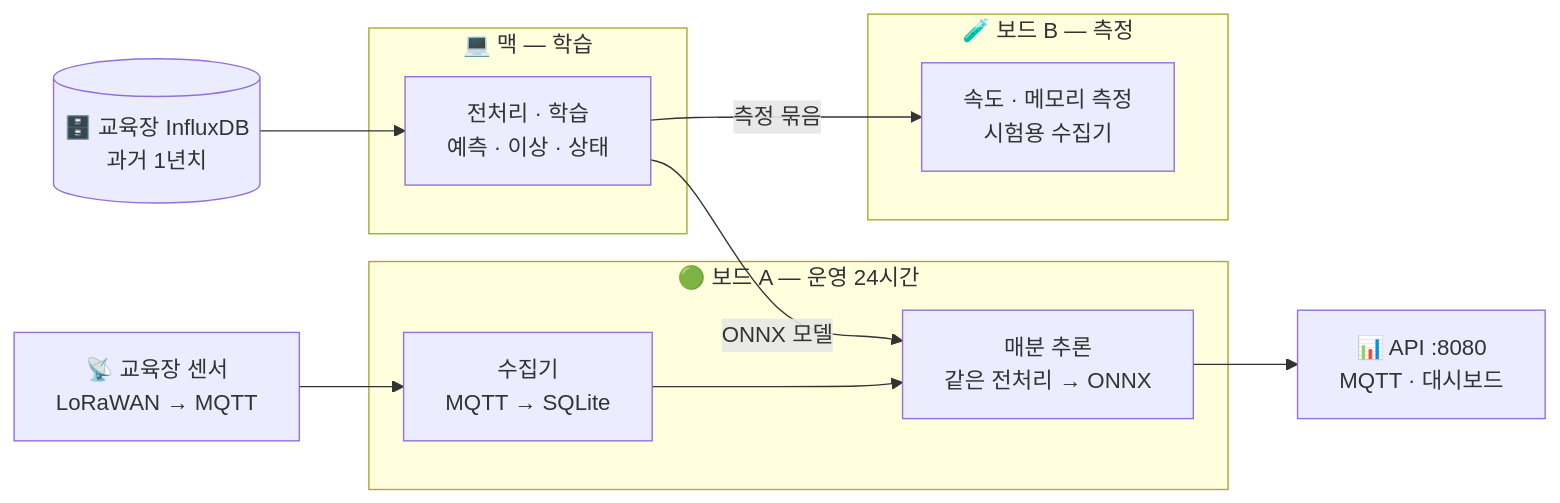
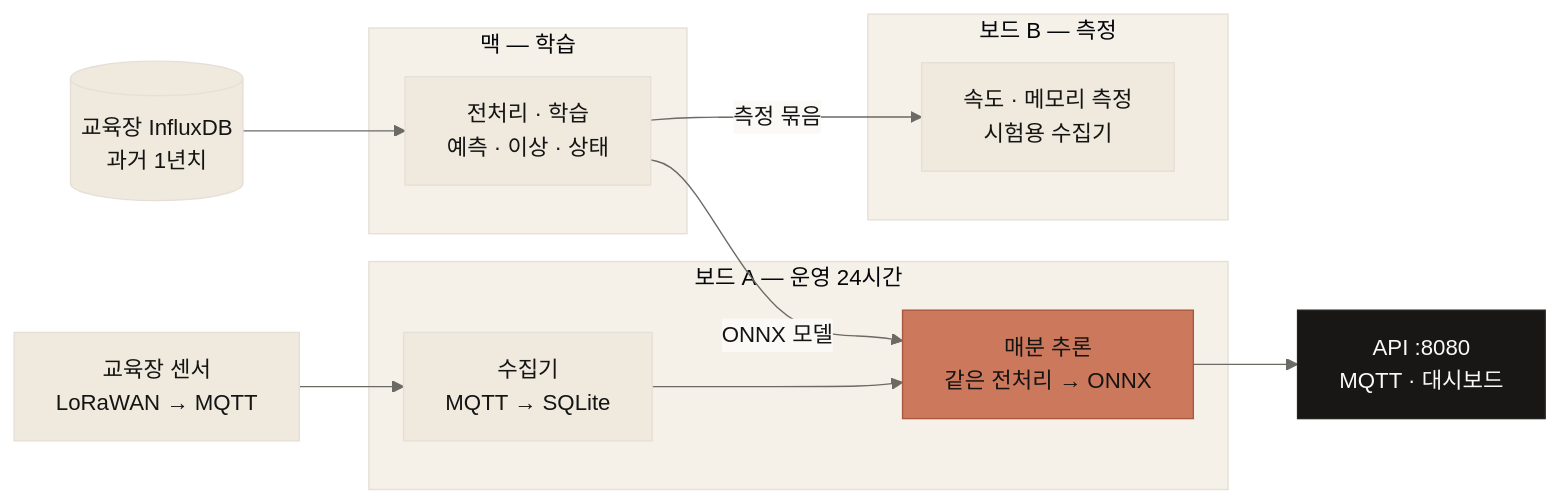
Before and after one commit to AIP-1-5/AIGJ_01_012_timeseries-inference: the diagram in README.md, drawn with Mermaid. The commit also changed other lines of this file and 2 other files, not shown here.

````diff
--- a/README.md
+++ b/README.md
@@ -66,24 +76,30 @@
 ```mermaid
+%%{init: {'theme':'base','themeVariables':{'fontFamily':'Pretendard, -apple-system, sans-serif','primaryColor':'#EFE9DE','primaryTextColor':'#141413','primaryBorderColor':'#E6DFD8','lineColor':'#6C6A64','secondaryColor':'#F5F0E8','tertiaryColor':'#FAF9F5','clusterBkg':'#F5F0E8','clusterBorder':'#E6DFD8','edgeLabelBackground':'#FAF9F5'}}}%%
 flowchart LR
-    S["📡 교육장 센서<br/>LoRaWAN → MQTT"]
-    I[("🗄️ 교육장 InfluxDB<br/>과거 1년치")]
+    S["교육장 센서<br/>LoRaWAN → MQTT"]
+    I[("교육장 InfluxDB<br/>과거 1년치")]
 
-    subgraph MAC["💻 맥 — 학습"]
+    subgraph MAC["맥 — 학습"]
         T["전처리 · 학습<br/>예측 · 이상 · 상태"]
     end
 
-    subgraph A["🟢 보드 A — 운영 24시간"]
+    subgraph A["보드 A — 운영 24시간"]
         C["수집기<br/>MQTT → SQLite"]
         R["매분 추론<br/>같은 전처리 → ONNX"]
     end
 
-    subgraph B["🧪 보드 B — 측정"]
+    subgraph B["보드 B — 측정"]
         M["속도 · 메모리 측정<br/>시험용 수집기"]
     end
 
-    U["📊 API :8080<br/>MQTT · 대시보드"]
+    U["API :8080<br/>MQTT · 대시보드"]
 
     S --> C --> R --> U
+
+    classDef core fill:#CC785C,stroke:#A9583E,color:#141413
+    classDef dark fill:#181715,stroke:#252320,color:#FAF9F5
+    class R core
+    class U dark
     I --> T -- "ONNX 모델" --> R
     T -- "측정 묶음" --> M
 ```
````
